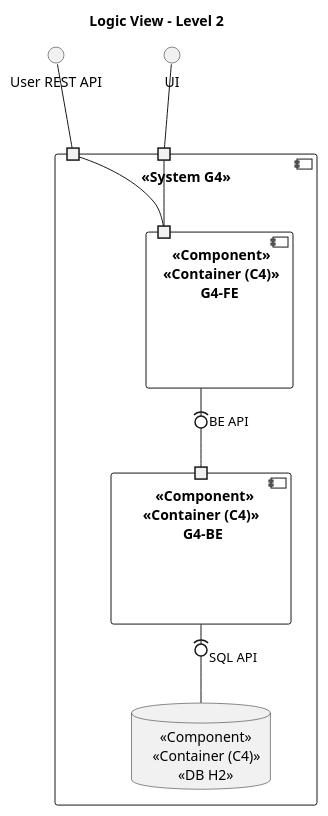
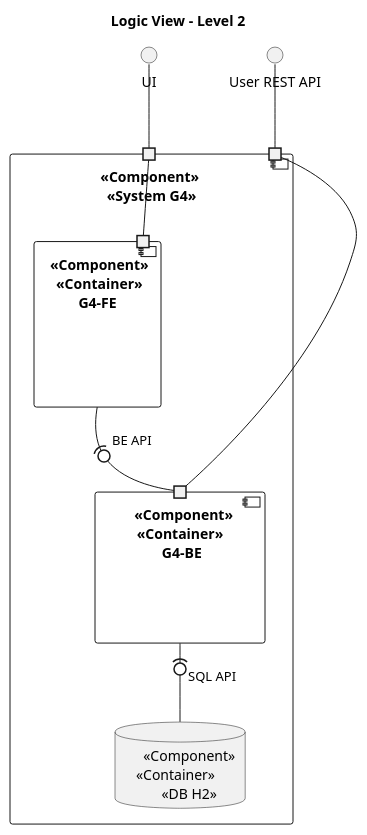
The second of 4 diagrams in docs/architectural_design_model/logic_view.puml (Loracline/project_switch_22-23), drawn with PlantUML before and after one commit. The commit also changed other lines of this file and 2 other files, not shown here.

Commit message:
NO US : Update of architectural design model references #675

```diff
--- a/docs/architectural_design_model/logic_view.puml
+++ b/docs/architectural_design_model/logic_view.puml
@@ -13,22 +13,22 @@
 @startuml
 title Logic View - Level 2
 () "User REST API" as API
 () "UI" as UI
-component "<<System G4>>" as G4 {
+component "<<Component>> \n<<System G4>>" as G4 {
 portin " "
 port "   "
-component " <<Component>>\n <<Container (C4)>>\nG4-FE" as fe {
+component " <<Component>>\n <<Container >>\nG4-FE" as fe {
     port " " as frontEndPort
 }
-component "  <<Component>>\n<<Container (C4)>>\n G4-BE" as be {
+component "  <<Component>>\n<<Container >>\n G4-BE" as be {
     port " " as backEndPort
 }
-database "     <<Component>>\n   <<Container (C4)>>\n          <<DB H2>>" as h2 {
+database "     <<Component>>\n   <<Container >>\n          <<DB H2>>" as h2 {
 }
 UI -- " "
 API -- "   "
 " " -- frontEndPort
-"   " -- frontEndPort
+"   " -- backEndPort
 fe -(0- backEndPort: BE API
 be -(0- h2: SQL API
 @enduml
```
